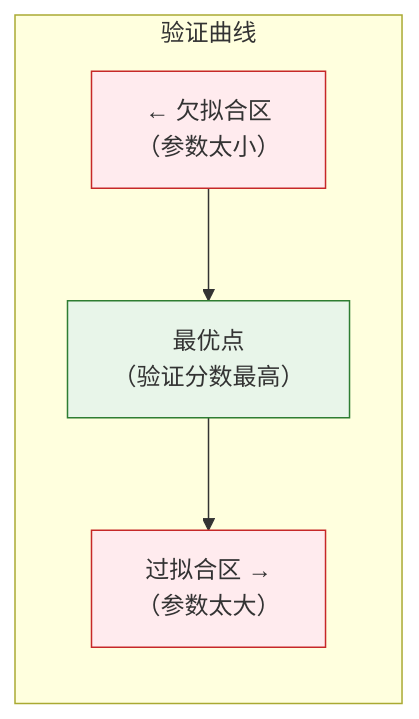
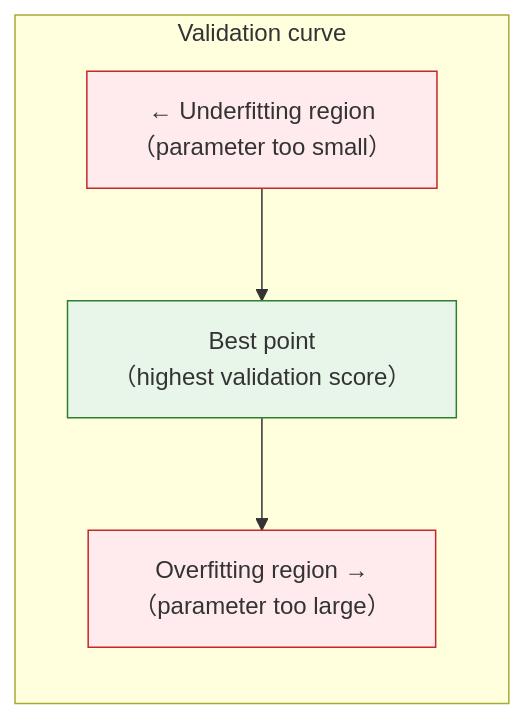
One commit to oudbiao/AI-fullstack-course changed the second of 3 diagrams in docs/ch05-machine-learning/ch04-evaluation/03-bias-variance.md. Above: the diagram before and after it, drawn with Mermaid. The commit also changed other lines of this file and 1406 other files, not shown here.

````diff
--- a/docs/ch05-machine-learning/ch04-evaluation/03-bias-variance.md
+++ b/docs/ch05-machine-learning/ch04-evaluation/03-bias-variance.md
@@ -313,13 +313,13 @@
 ```mermaid
 flowchart LR
-    subgraph 验证曲线
-        L["← 欠拟合区<br/>（参数太小）"]
-        M["最优点<br/>（验证分数最高）"]
-        R["过拟合区 →<br/>（参数太大）"]
+    subgraph Validation curve
+        L["← Underfitting region<br/>（parameter too small）"]
+        M["Best point<br/>（highest validation score）"]
+        R["Overfitting region →<br/>（parameter too large）"]
     end
     L --> M --> R
 
     style L fill:#ffebee,stroke:#c62828,color:#333
     style M fill:#e8f5e9,stroke:#2e7d32,color:#333
     style R fill:#ffebee,stroke:#c62828,color:#333
 ```
````
